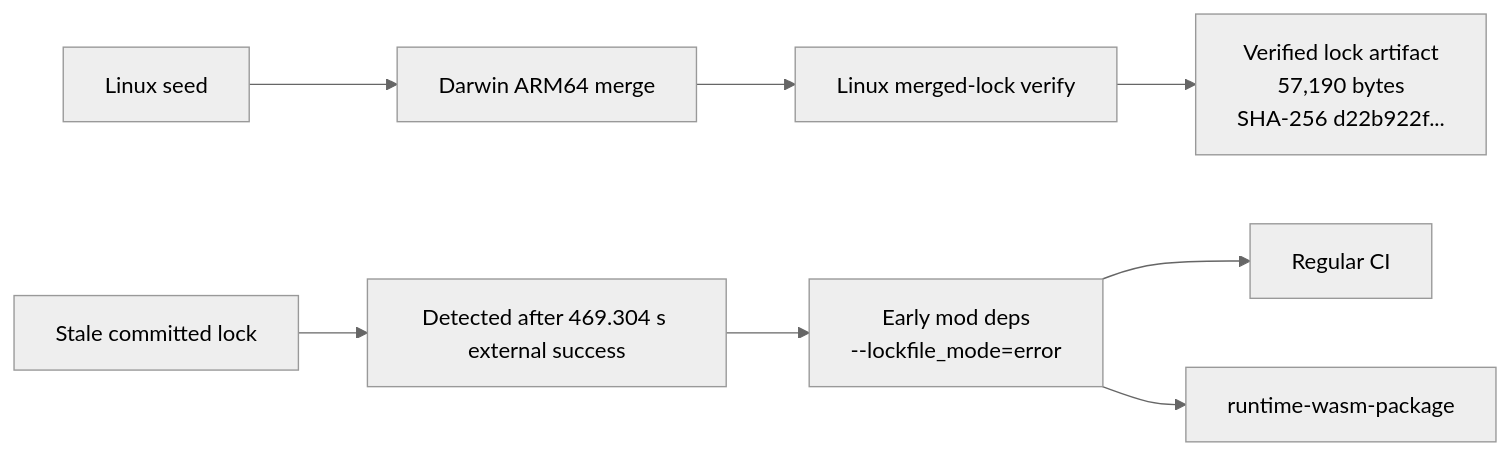
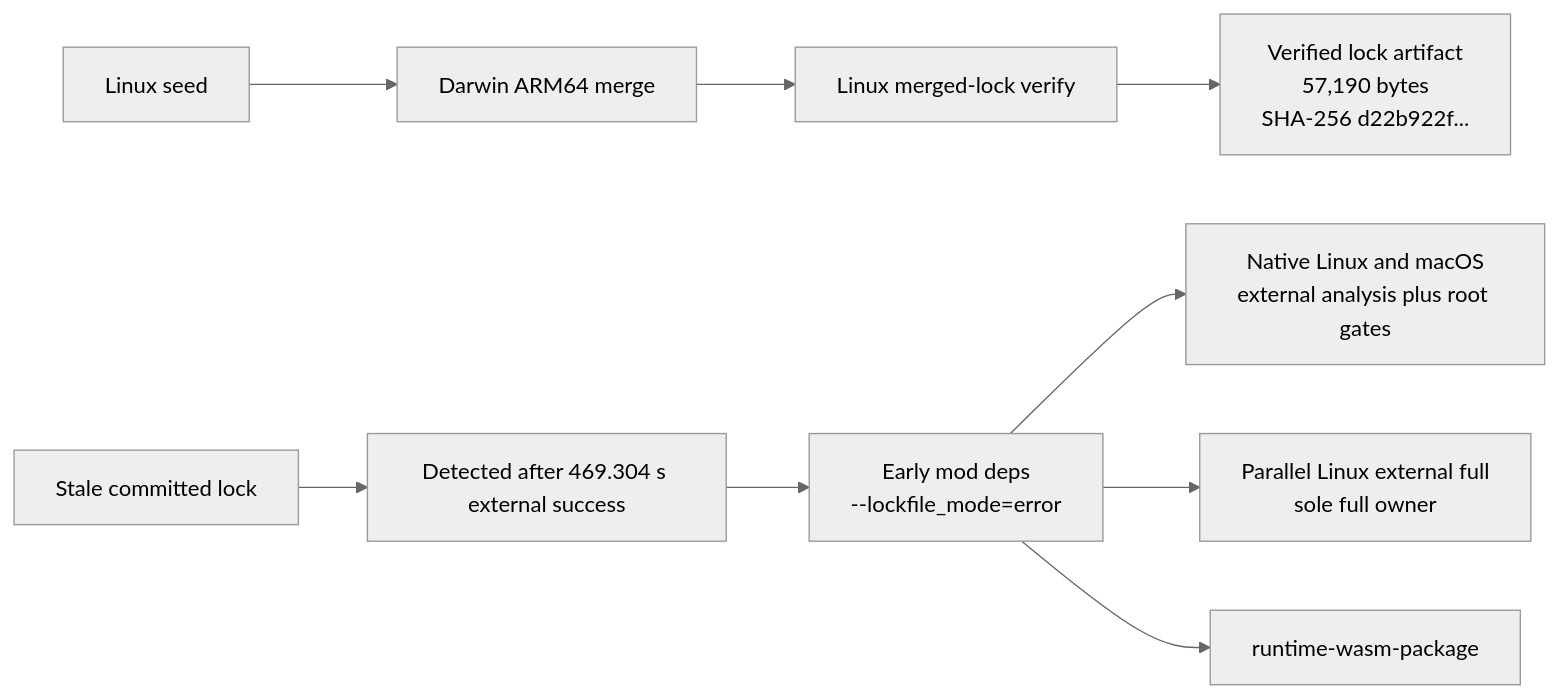
Diagram 12 of 16 in docs/10-19-design/10.06-poo-module-system/147-adaptive-scheme-build-guard.org (tao3k/poo-flow), drawn with Mermaid (neutral theme) before and after one commit. The commit also changed other lines of this file and 1 other file, not shown here.

Commit message:
ci: parallelize external module validation

```diff
--- a/docs/10-19-design/10.06-poo-module-system/147-adaptive-scheme-build-guard.org
+++ b/docs/10-19-design/10.06-poo-module-system/147-adaptive-scheme-build-guard.org
@@ -1326,10 +1348,11 @@
 #+begin_src mermaid
 flowchart LR
   Seed["Linux seed"] --> Darwin["Darwin ARM64 merge"]
   Darwin --> Verify["Linux merged-lock verify"]
   Verify --> Artifact["Verified lock artifact<br/>57,190 bytes<br/>SHA-256 d22b922f..."]
   Stale["Stale committed lock"] --> Late["Detected after 469.304 s external success"]
   Late --> Gate["Early mod deps<br/>--lockfile_mode=error"]
-  Gate --> CI["Regular CI"]
+  Gate --> Native["Native Linux and macOS<br/>external analysis plus root gates"]
+  Gate --> External["Parallel Linux external full<br/>sole full owner"]
   Gate --> Wasm["runtime-wasm-package"]
 #+end_src
```
